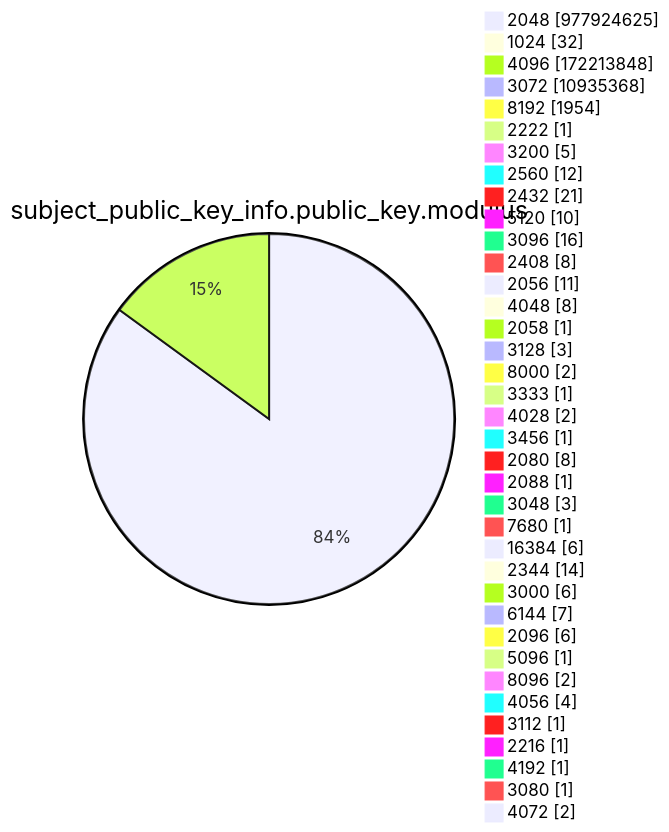
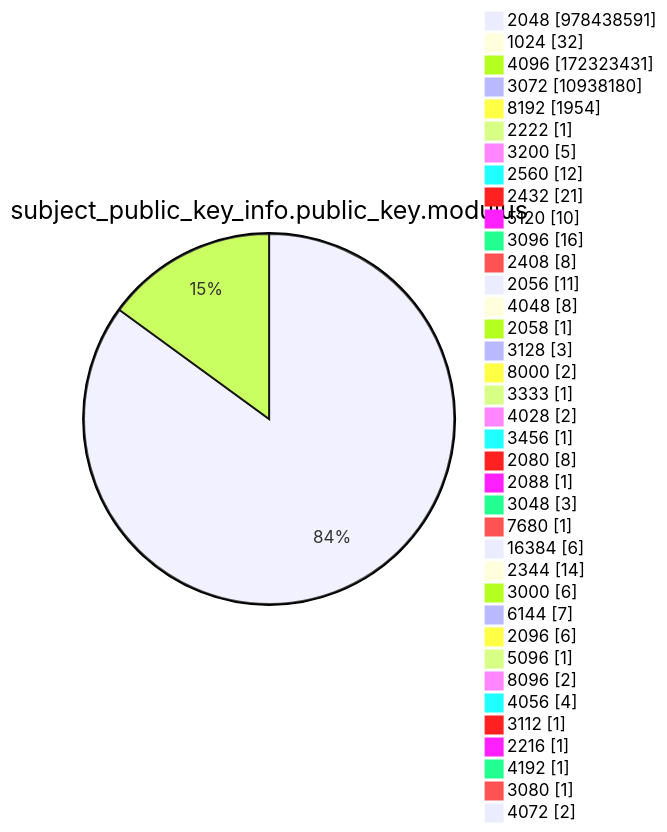
Before and after one commit to christiankrug/ctmonitor_visualization: diagram 13 of 15 in argon2022/README.md, drawn with Mermaid. The commit also changed other lines of this file, not shown here.

````diff
--- a/argon2022/README.md
+++ b/argon2022/README.md
@@ -3587,41 +3587,41 @@
 ```mermaid
 pie showData
 title subject_public_key_info.public_key.modulus
-"2048" :977924625
+"2048" :978438591
 "1024" :32
-"4096" :172213848
-"3072" :10935368
+"4096" :172323431
+"3072" :10938180
 "8192" :1954
 "2222" :1
 "3200" :5
 "2560" :12
 "2432" :21
 "5120" :10
 "3096" :16
 "2408" :8
 "2056" :11
 "4048" :8
 "2058" :1
 "3128" :3
 "8000" :2
 "3333" :1
 "4028" :2
 "3456" :1
 "2080" :8
 "2088" :1
 "3048" :3
 "7680" :1
 "16384" :6
 "2344" :14
 "3000" :6
 "6144" :7
 "2096" :6
 "5096" :1
 "8096" :2
 "4056" :4
 "3112" :1
 "2216" :1
 "4192" :1
 "3080" :1
 "4072" :2
 ```
````
